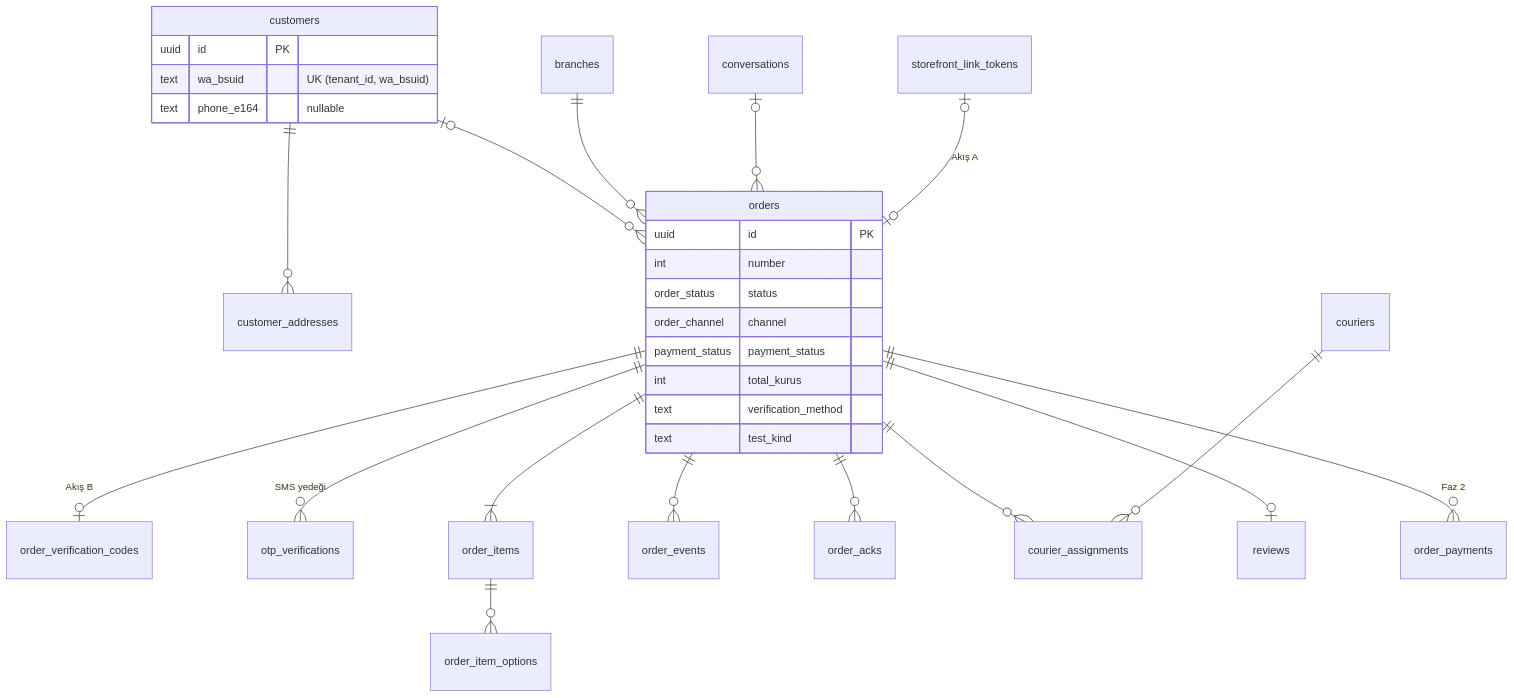
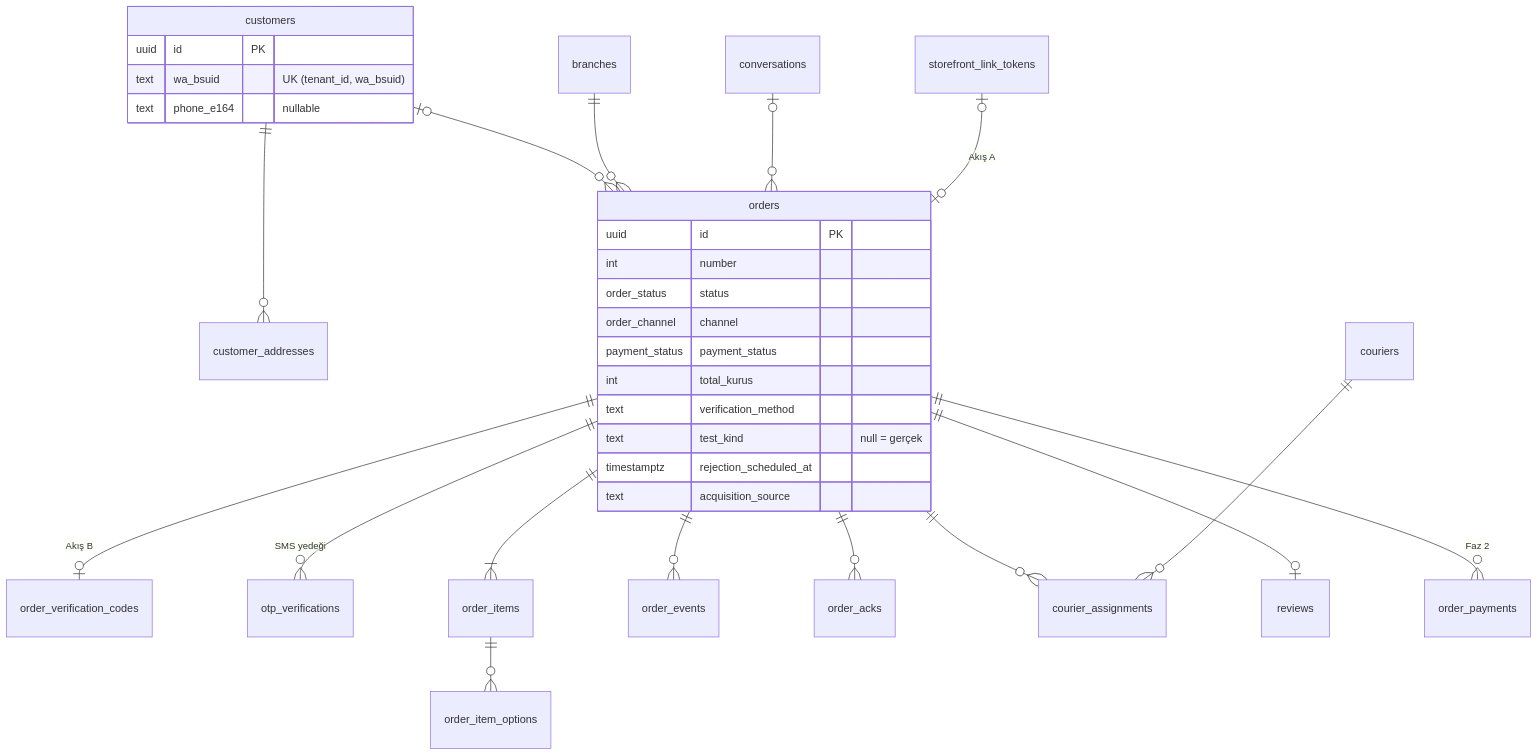
Before and after one commit to eraycaylak/siparisinonunde: the third of 10 diagrams in docs/07-veri-modeli-ve-api.md, drawn with Mermaid. The commit also changed other lines of this file and 10 other files, not shown here.

````diff
--- a/docs/07-veri-modeli-ve-api.md
+++ b/docs/07-veri-modeli-ve-api.md
@@ -172,33 +180,35 @@
 ```mermaid
 erDiagram
   customers ||--o{ customer_addresses : ""
   customers |o--o{ orders : ""
   branches ||--o{ orders : ""
   conversations |o--o{ orders : ""
   storefront_link_tokens |o--o| orders : "Akış A"
   orders ||--o| order_verification_codes : "Akış B"
   orders ||--o{ otp_verifications : "SMS yedeği"
   orders ||--|{ order_items : ""
   order_items ||--o{ order_item_options : ""
   orders ||--o{ order_events : ""
   orders ||--o{ order_acks : ""
   orders ||--o{ courier_assignments : ""
   couriers ||--o{ courier_assignments : ""
   orders ||--o| reviews : ""
   orders ||--o{ order_payments : "Faz 2"
   customers {
     uuid id PK
     text wa_bsuid "UK (tenant_id, wa_bsuid)"
     text phone_e164 "nullable"
   }
   orders {
     uuid id PK
     int number
     order_status status
     order_channel channel
     payment_status payment_status
     int total_kurus
     text verification_method
-    text test_kind
+    text test_kind "null = gerçek"
+    timestamptz rejection_scheduled_at
+    text acquisition_source
   }
 ```
````
